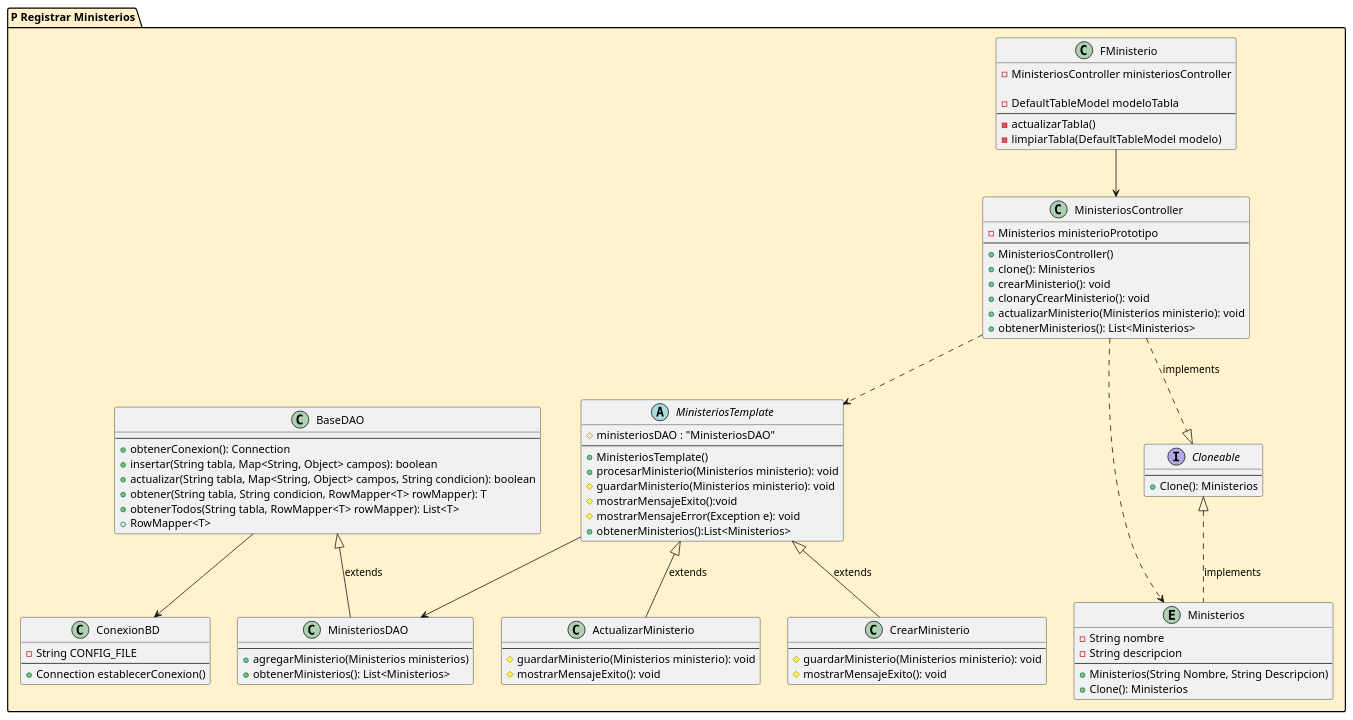
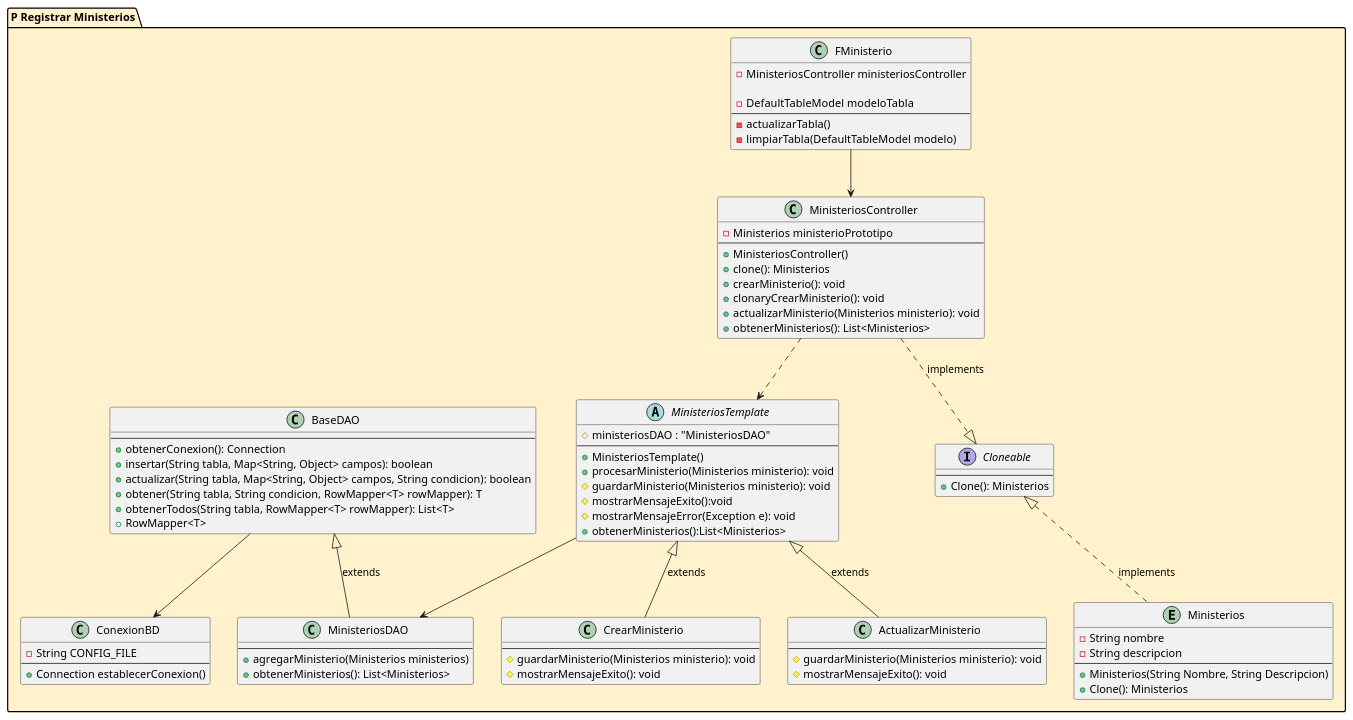
The diagram in src/utils/Mministerio.puml (jeulate/proyig1), drawn with PlantUML before and after one commit. The commit also changed 28 other files, not shown here.

```diff
--- a/src/utils/Mministerio.puml
+++ b/src/utils/Mministerio.puml
@@ -1,88 +1,87 @@
 @startuml
 package "P Registrar Ministerios" #FFF2CC {
   class "FMinisterio" as fministerio {
   -MinisteriosController ministeriosController
 
   -DefaultTableModel modeloTabla
   --
   -actualizarTabla()
   -limpiarTabla(DefaultTableModel modelo)
   }
   class "MinisteriosController" as ctrministerio{
   -Ministerios ministerioPrototipo
   --
   +MinisteriosController()
   +clone(): Ministerios
   +crearMinisterio(): void
   +clonaryCrearMinisterio(): void
   +actualizarMinisterio(Ministerios ministerio): void
   +obtenerMinisterios(): List<Ministerios>
   }
   abstract class MinisteriosTemplate{
   # ministeriosDAO : "MinisteriosDAO"
   --
   +MinisteriosTemplate()
   +procesarMinisterio(Ministerios ministerio): void
   #guardarMinisterio(Ministerios ministerio): void
   #mostrarMensajeExito():void
   #mostrarMensajeError(Exception e): void
   +obtenerMinisterios():List<Ministerios>
   }
 
   class "CrearMinisterio" as crMinisterio{
     --
     #guardarMinisterio(Ministerios ministerio): void
     #mostrarMensajeExito(): void
   }
   class "ActualizarMinisterio" as actMinisterio{
   --
   #guardarMinisterio(Ministerios ministerio): void
   #mostrarMensajeExito(): void
   }
 
   class "MinisteriosDAO" as daoministerios{
   --
   +agregarMinisterio(Ministerios ministerios)
   +obtenerMinisterios(): List<Ministerios>
   }
 
   class "BaseDAO" as daobase {
   --
   +obtenerConexion(): Connection
   +insertar(String tabla, Map<String, Object> campos): boolean
   +actualizar(String tabla, Map<String, Object> campos, String condicion): boolean
   +obtener(String tabla, String condicion, RowMapper<T> rowMapper): T
   +obtenerTodos(String tabla, RowMapper<T> rowMapper): List<T>
   +RowMapper<T>
   }
  class "ConexionBD" as bdconexion{
    -String CONFIG_FILE
    --
    +Connection establecerConexion()
   }
   entity "Ministerios" as ministerios{
       -String nombre
       -String descripcion
       --
       +Ministerios(String Nombre, String Descripcion)
       +Clone(): Ministerios
   }
   interface "Cloneable" as Prototype{
   --
   +Clone(): Ministerios
   }
 
   fministerio --> ctrministerio
   daobase <|-- daoministerios : extends
-  ctrministerio ..> ministerios
   ctrministerio ..> MinisteriosTemplate
   daobase --> bdconexion
   Prototype<|.. ministerios : implements
   ctrministerio ..|> Prototype : implements
   MinisteriosTemplate --> daoministerios
   MinisteriosTemplate <|-- crMinisterio : extends
   MinisteriosTemplate <|-- actMinisterio : extends
 }
 
 
 @enduml
```
